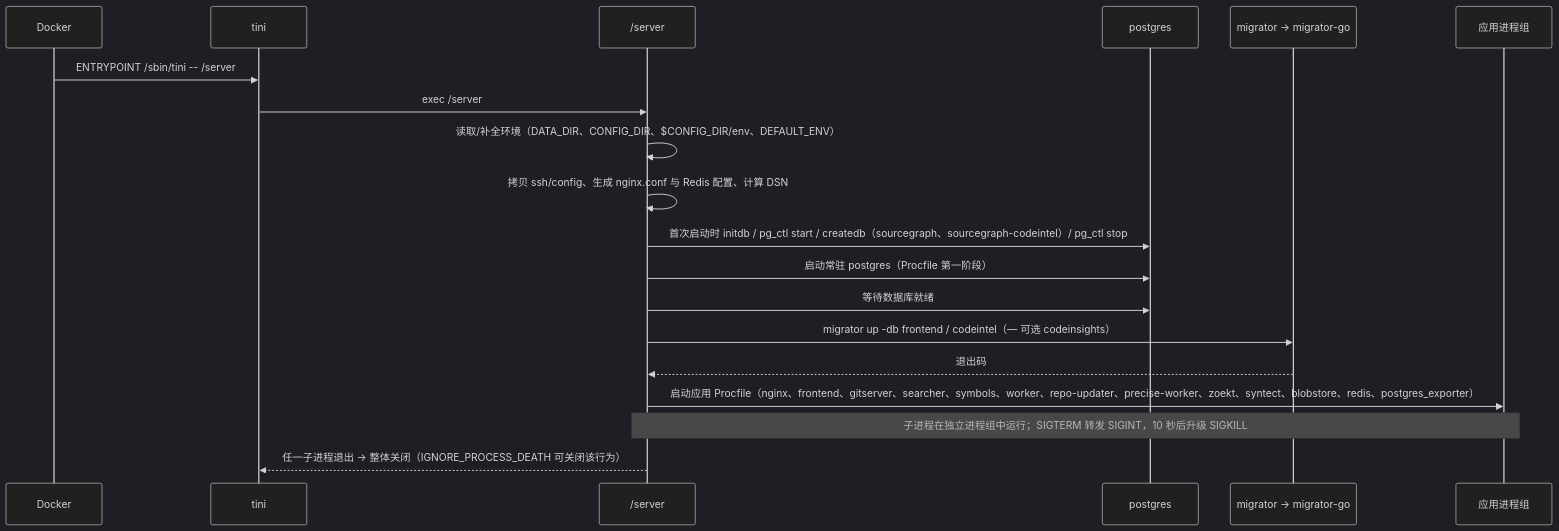
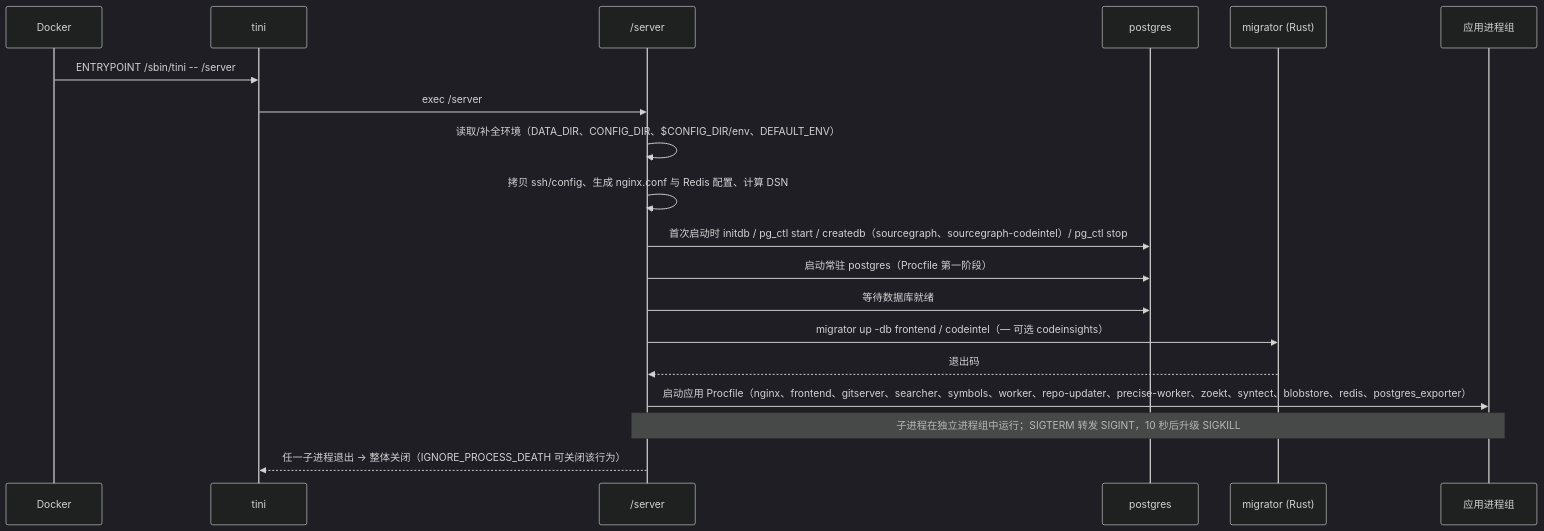
One commit to littrick/litlattice changed the third of 4 diagrams in docs/02_process_architecture.md. Above: the diagram before and after it, drawn with Mermaid (dark theme). The commit also changed other lines of this file and 6 other files, not shown here.

````diff
--- a/docs/02_process_architecture.md
+++ b/docs/02_process_architecture.md
@@ -292,22 +292,22 @@
 ```mermaid
 sequenceDiagram
     participant D as Docker
     participant T as tini
     participant S as /server
     participant PG as postgres
-    participant M as migrator → migrator-go
+    participant M as migrator (Rust)
     participant P as 应用进程组
 
     D->>T: ENTRYPOINT /sbin/tini -- /server
     T->>S: exec /server
     S->>S: 读取/补全环境（DATA_DIR、CONFIG_DIR、$CONFIG_DIR/env、DEFAULT_ENV）
     S->>S: 拷贝 ssh/config、生成 nginx.conf 与 Redis 配置、计算 DSN
     S->>PG: 首次启动时 initdb / pg_ctl start / createdb（sourcegraph、sourcegraph-codeintel）/ pg_ctl stop
     S->>PG: 启动常驻 postgres（Procfile 第一阶段）
     S->>PG: 等待数据库就绪
     S->>M: migrator up -db frontend / codeintel（— 可选 codeinsights）
     M-->>S: 退出码
     S->>P: 启动应用 Procfile（nginx、frontend、gitserver、searcher、symbols、worker、repo-updater、precise-worker、zoekt、syntect、blobstore、redis、postgres_exporter）
     Note over S,P: 子进程在独立进程组中运行；SIGTERM 转发 SIGINT，10 秒后升级 SIGKILL
     S-->>T: 任一子进程退出 → 整体关闭（IGNORE_PROCESS_DEATH 可关闭该行为）
 ```
````
